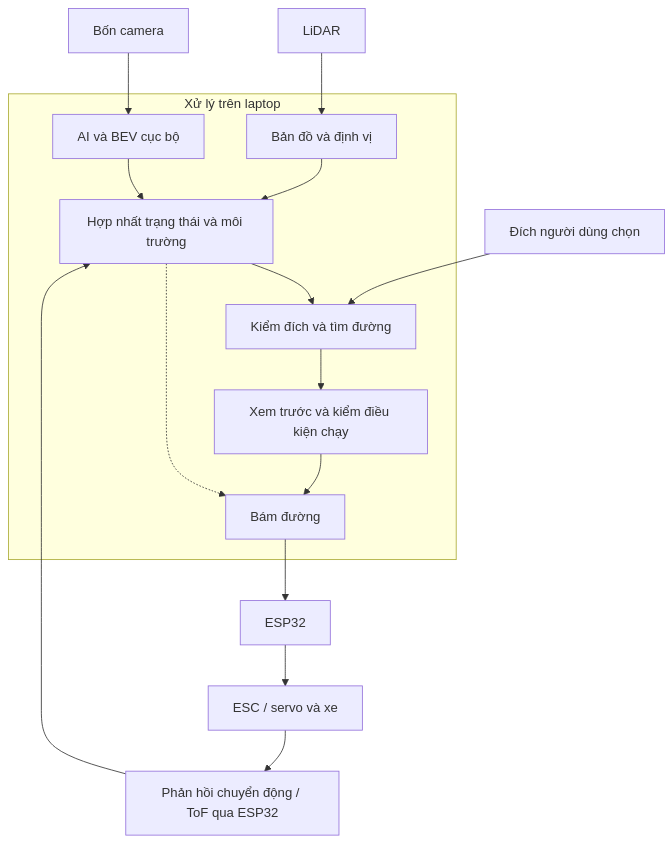
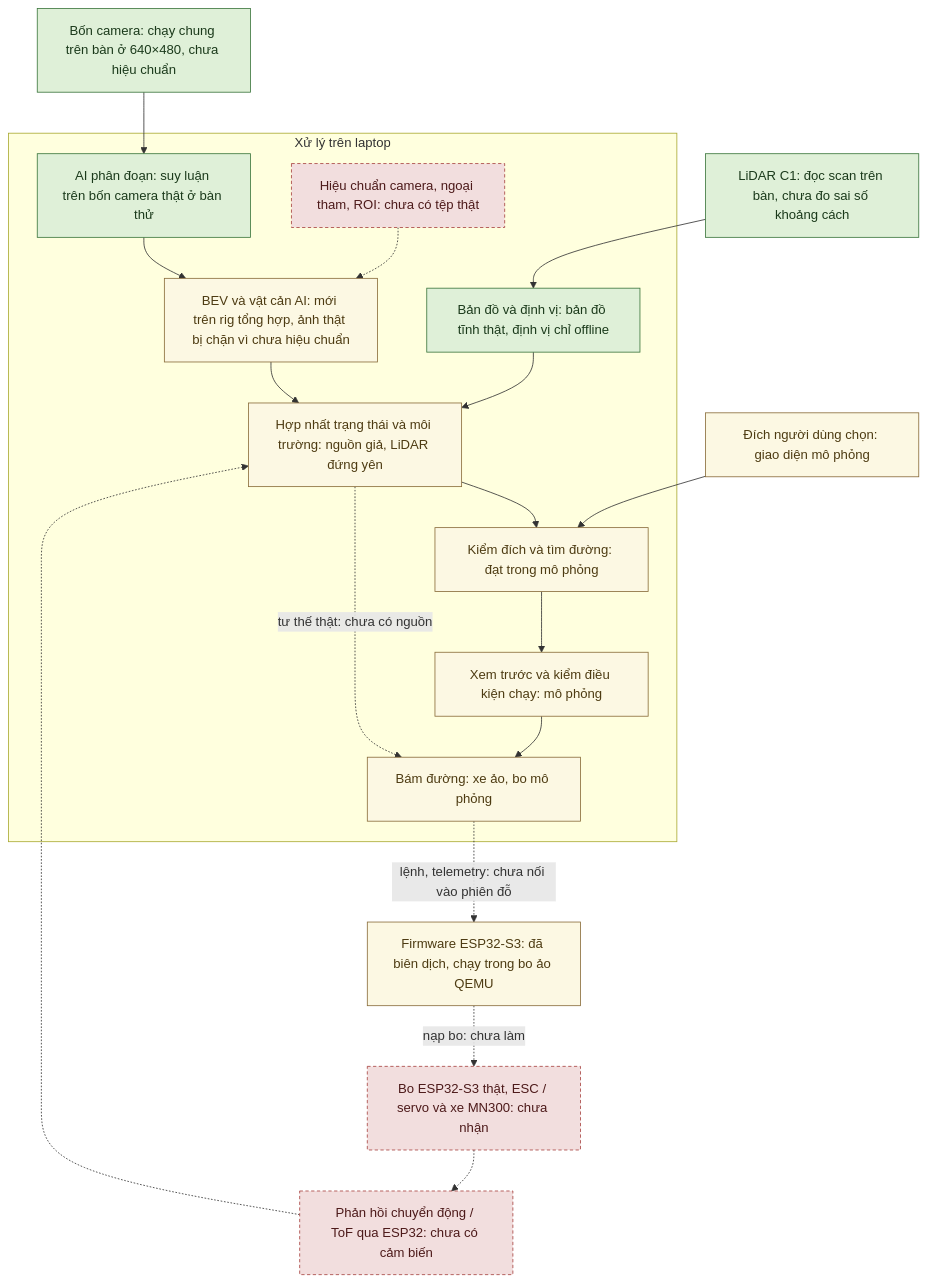
The first of 4 diagrams in KE_HOACH_TRIEN_KHAI_XE_TU_DO_v3.1.md (thbn12082/autopark), drawn with Mermaid before and after one commit. The commit also changed other lines of this file and 55 other files, not shown here.

````diff
--- a/KE_HOACH_TRIEN_KHAI_XE_TU_DO_v3.1.md
+++ b/KE_HOACH_TRIEN_KHAI_XE_TU_DO_v3.1.md
@@ -49,23 +55,32 @@
 ```mermaid
 flowchart TD
-    L["LiDAR"]
-    C["Bốn camera"]
-    F["Phản hồi chuyển động / ToF qua ESP32"]
+    L["LiDAR C1: đọc scan trên bàn, chưa đo sai số khoảng cách"]
+    C["Bốn camera: chạy chung trên bàn ở 640×480, chưa hiệu chuẩn"]
+    F["Phản hồi chuyển động / ToF qua ESP32: chưa có cảm biến"]
     subgraph PC["Xử lý trên laptop"]
-        M["Bản đồ và định vị"]
-        A["AI và BEV cục bộ"]
-        H["Hợp nhất trạng thái và môi trường"]
-        P["Kiểm đích và tìm đường"]
-        V["Xem trước và kiểm điều kiện chạy"]
-        T["Bám đường"]
+        M["Bản đồ và định vị: bản đồ tĩnh thật, định vị chỉ offline"]
+        A["AI phân đoạn: suy luận trên bốn camera thật ở bàn thử"]
+        K["Hiệu chuẩn camera, ngoại tham, ROI: chưa có tệp thật"]
+        B["BEV và vật cản AI: mới trên rig tổng hợp, ảnh thật bị chặn vì chưa hiệu chuẩn"]
+        H["Hợp nhất trạng thái và môi trường: nguồn giả, LiDAR đứng yên"]
+        P["Kiểm đích và tìm đường: đạt trong mô phỏng"]
+        V["Xem trước và kiểm điều kiện chạy: mô phỏng"]
+        T["Bám đường: xe ảo, bo mô phỏng"]
     end
     L --> M --> H
-    C --> A --> H
-    F --> H
+    C --> A --> B --> H
+    K -.-> B
+    F -.-> H
     H --> P --> V --> T
-    U["Đích người dùng chọn"] --> P
-    T --> E["ESP32"]
-    E --> X["ESC / servo và xe"]
-    X --> F
-    H -.-> T
+    U["Đích người dùng chọn: giao diện mô phỏng"] --> P
+    T -.->|lệnh, telemetry: chưa nối vào phiên đỗ| E["Firmware ESP32-S3: đã biên dịch, chạy trong bo ảo QEMU"]
+    E -.->|nạp bo: chưa làm| X["Bo ESP32-S3 thật, ESC / servo và xe MN300: chưa nhận"]
+    X -.-> F
+    H -.->|tư thế thật: chưa có nguồn| T
+    classDef daco fill:#dff0d8,stroke:#3c763d,color:#1b3a1b
+    classDef giaLap fill:#fcf8e3,stroke:#8a6d3b,color:#4d3b12
+    classDef chuaLam fill:#f2dede,stroke:#a94442,color:#4d1a1a,stroke-dasharray: 4 3
+    class L,C,M,A daco
+    class B,H,P,V,T,U,E giaLap
+    class F,X,K chuaLam
 ```
````
